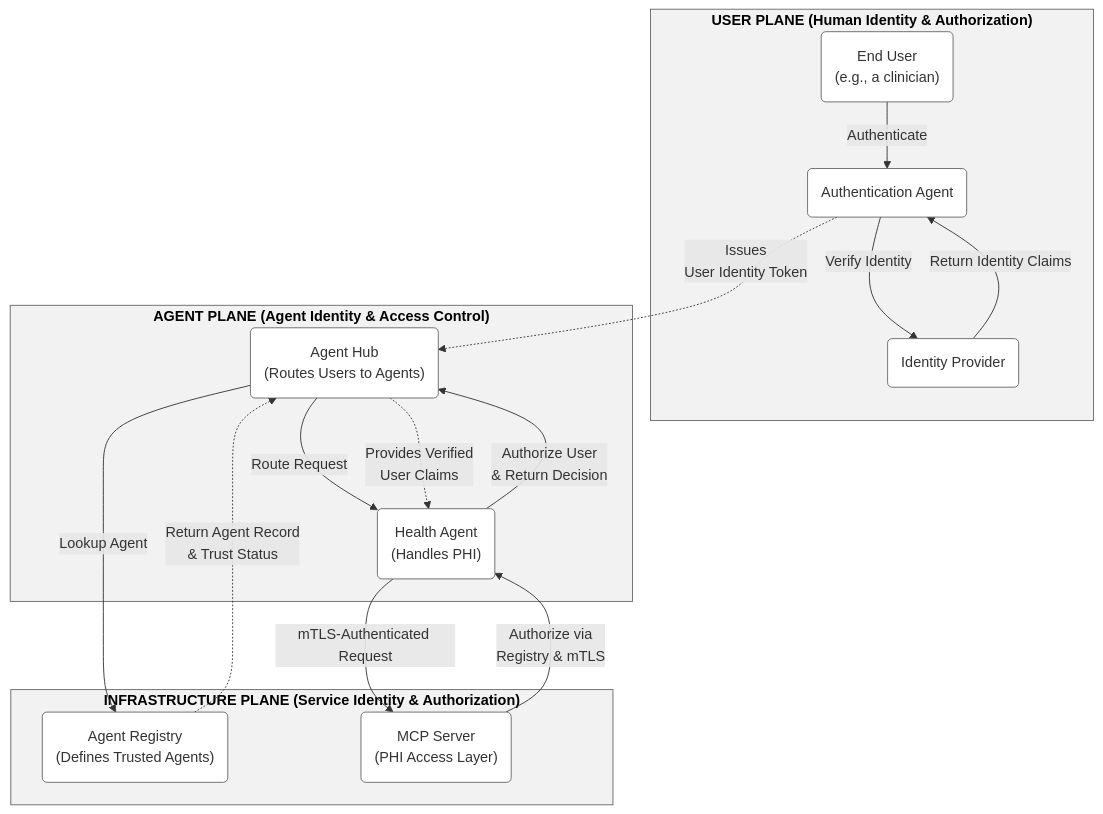
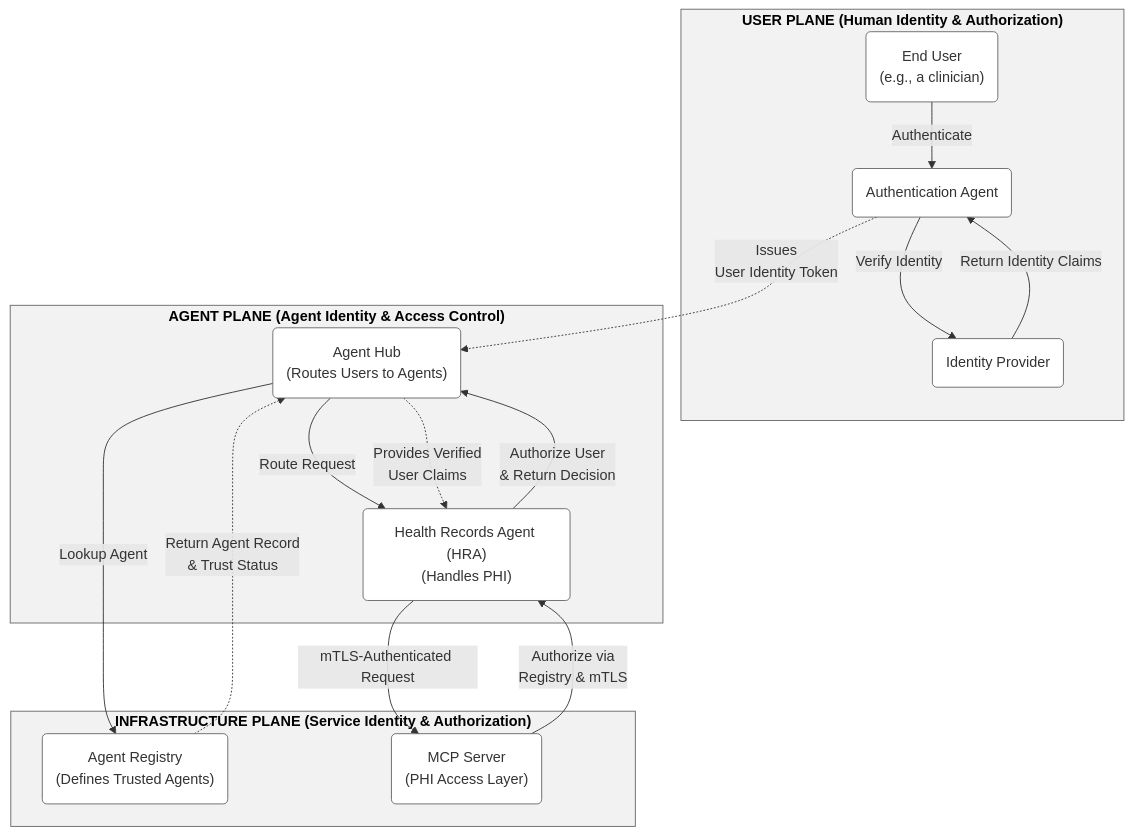
One commit to OpenBeavs/Cyrano-de-Bergerac-A2A-Secure changed the diagram in Architecture/trust-planes.md. Above: the diagram before and after it, drawn with Mermaid. The commit also changed other lines of this file, not shown here.

Commit message:
Rename Health Agent to Health Records Agent (HRA) in trust-planes diagram

````diff
--- a/Architecture/trust-planes.md
+++ b/Architecture/trust-planes.md
@@ -15,35 +15,35 @@
 ```mermaid
 flowchart TB
     classDef plane fill:#f2f2f2,stroke:#666,stroke-width:1px,color:#000,font-weight:bold
     classDef component fill:#ffffff,stroke:#666,stroke-width:1px
     
     subgraph UserPlane["USER PLANE (Human Identity & Authorization)"]
         User("End User<br/>(e.g., a clinician)"):::component
         AuthAgent("Authentication Agent"):::component
         IdP("Identity Provider"):::component
         User -->|"Authenticate"| AuthAgent
         AuthAgent -->|"Verify Identity"| IdP
         IdP -->|"Return Identity Claims"| AuthAgent
     end
     
     subgraph AgentPlane["AGENT PLANE (Agent Identity & Access Control)"]
         Hub("Agent Hub<br/>(Routes Users to Agents)"):::component
-        BHA("Health Agent<br/>(Handles PHI)"):::component
-        Hub -->|"Route Request"| BHA
-        BHA -->|"Authorize User<br/>& Return Decision"| Hub
+        HRA("Health Records Agent (HRA)<br/>(Handles PHI)"):::component
+        Hub -->|"Route Request"| HRA
+        HRA -->|"Authorize User<br/>& Return Decision"| Hub
     end
     
     subgraph InfraPlane["INFRASTRUCTURE PLANE (Service Identity & Authorization)"]
         Registry("Agent Registry<br/>(Defines Trusted Agents)"):::component
         MCP("MCP Server<br/>(PHI Access Layer)"):::component
         Hub -->|"Lookup Agent"| Registry
         Registry -.->|"Return Agent Record<br/>& Trust Status"| Hub
-        BHA -->|"mTLS-Authenticated Request"| MCP
-        MCP -->|"Authorize via<br/>Registry & mTLS"| BHA
+        HRA -->|"mTLS-Authenticated Request"| MCP
+        MCP -->|"Authorize via<br/>Registry & mTLS"| HRA
     end
     
     AuthAgent -.->|"Issues<br/>User Identity Token"| Hub
-    Hub -.->|"Provides Verified<br/>User Claims"| BHA
+    Hub -.->|"Provides Verified<br/>User Claims"| HRA
     
     class UserPlane,AgentPlane,InfraPlane plane
 ```
````
